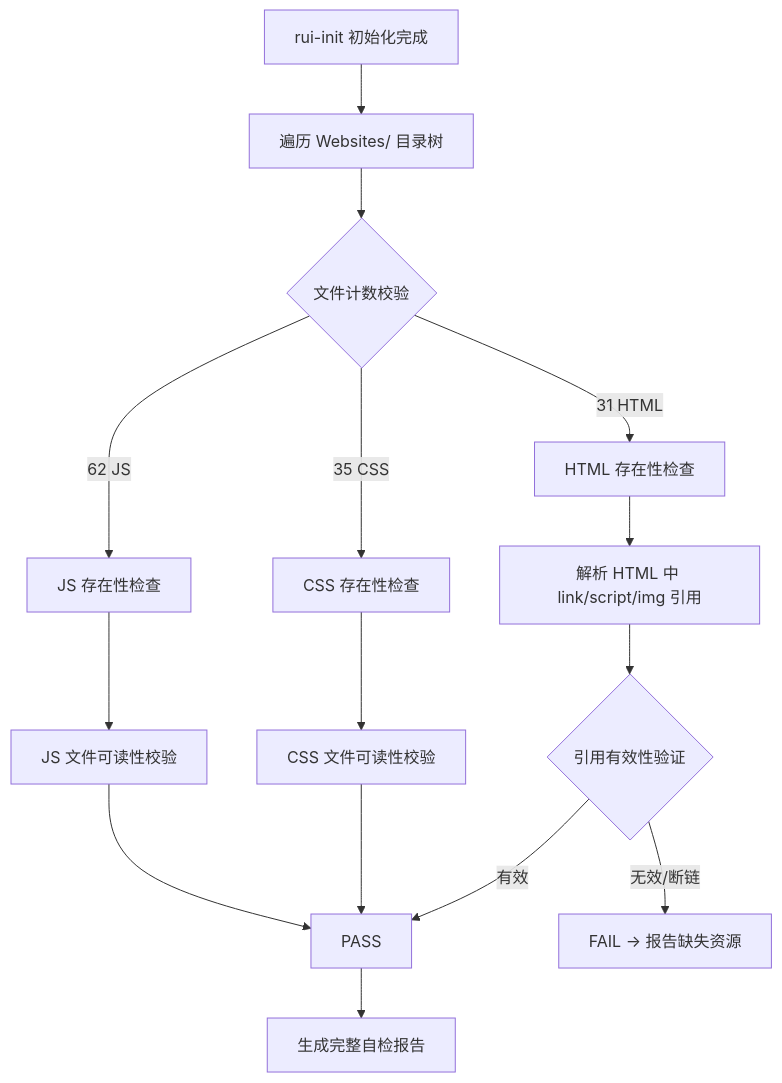
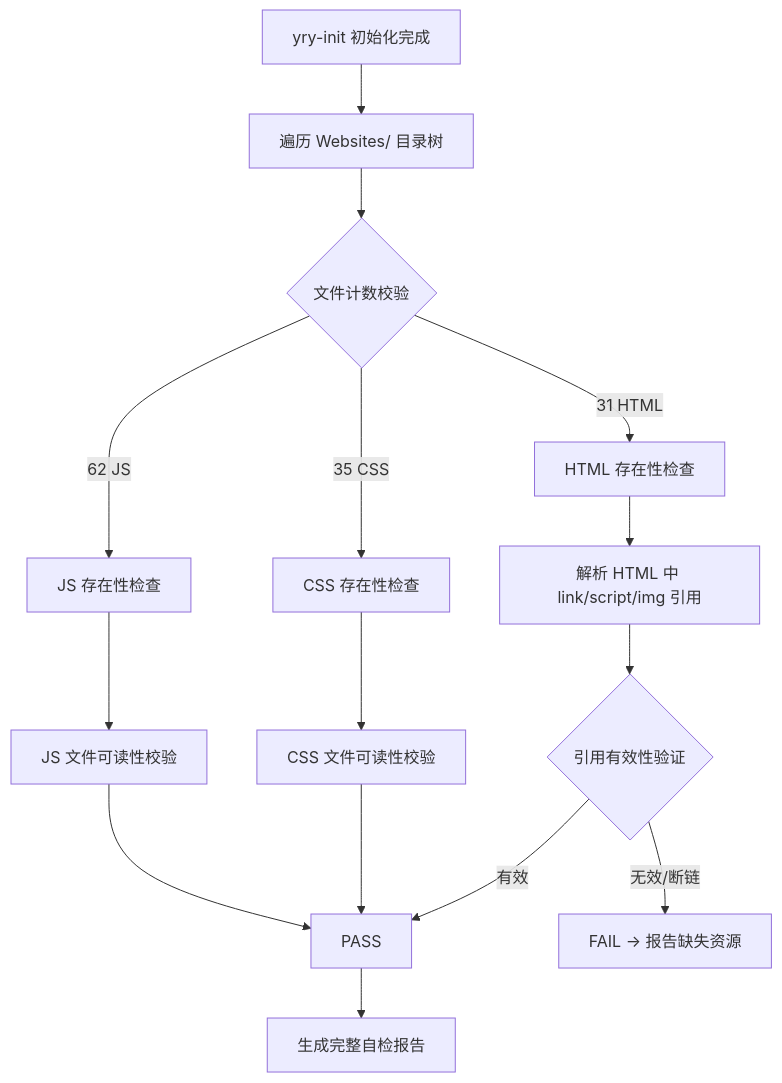
The diagram in YiDoc/test/scene-1-post-init-full-self-check/index.md (effiy/YrY), drawn with Mermaid before and after one commit. The commit also changed other lines of this file and 1407 other files, not shown here.

````diff
--- a/YiDoc/test/scene-1-post-init-full-self-check/index.md
+++ b/YiDoc/test/scene-1-post-init-full-self-check/index.md
@@ -9,17 +9,17 @@
 ```mermaid
 graph TD
-    A[rui-init 初始化完成] --> B[遍历 Websites/ 目录树]
+    A[yry-init 初始化完成] --> B[遍历 Websites/ 目录树]
     B --> C{文件计数校验}
     C -->|31 HTML| D[HTML 存在性检查]
     C -->|35 CSS| E[CSS 存在性检查]
     C -->|62 JS| F[JS 存在性检查]
     D --> G[解析 HTML 中 link/script/img 引用]
     G --> H{引用有效性验证}
     H -->|有效| I[PASS]
     H -->|无效/断链| J[FAIL → 报告缺失资源]
     E --> K[CSS 文件可读性校验]
     F --> L[JS 文件可读性校验]
     K --> I
     L --> I
     I --> M[生成完整自检报告]
 ```
````
